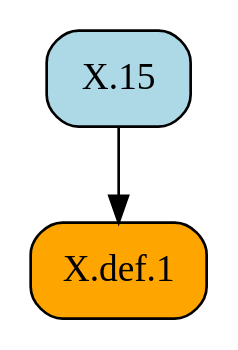
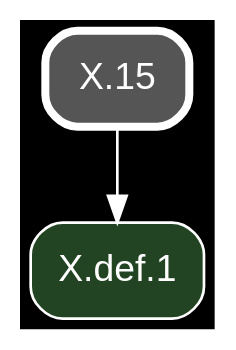
Before and after one commit to geometor/elements: the diagram in docsrc/heath/X/15/index.rst, drawn with Graphviz. The commit also changed other lines of this file and 1200 other files, not shown here.

Commit message:
update dependency graphs

```diff
--- a/docsrc/heath/X/15/index.rst
+++ b/docsrc/heath/X/15/index.rst
@@ -44,9 +44,11 @@
 .. graphviz::
 
    digraph {
+     bgcolor="black";
+     node [shape=box, style="rounded,filled", fontname="Helvetica", color="white", fontcolor="white"];
+     edge [color="white", fontcolor="white"];
      rankdir="TB";
-     node [shape=box, style=rounded];
-     "X.def.1" [style="rounded,filled", fillcolor=orange, URL="/heath/X/def.1/", target="_top"];
-     "X.15" [style="rounded,filled", fillcolor=lightblue, URL="/heath/X/15/", target="_top"];
+     "X.def.1" [fillcolor="#224422", URL="/heath/X/def.1/", target="_top"];
+     "X.15" [penwidth=3, color="white", fillcolor="#555555", URL="/heath/X/15/", target="_top"];
      "X.15" -> "X.def.1";
    }
```
